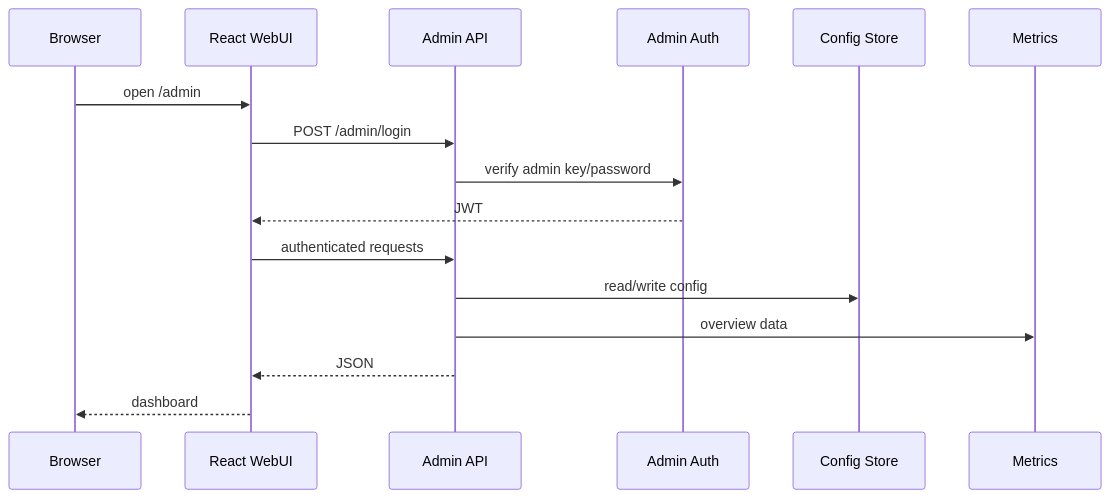
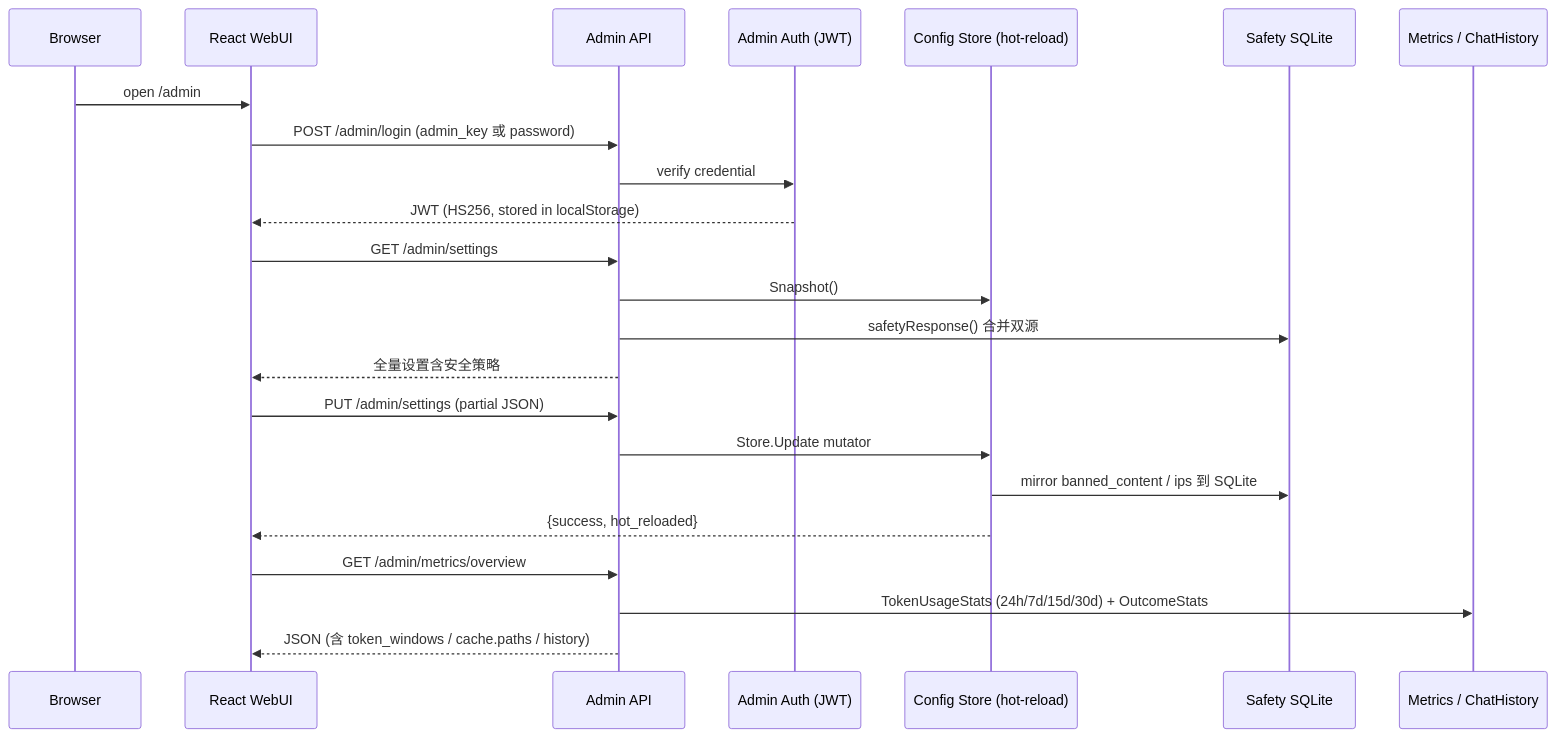
One commit to marklove5102/DeepSeek_Web_To_API changed the second of 2 diagrams in docs/Admin WebUI System/Admin WebUI System.md. Above: the diagram before and after it, drawn with Mermaid. The commit also changed other lines of this file and 17 other files, not shown here.

````diff
--- a/docs/Admin WebUI System/Admin WebUI System.md
+++ b/docs/Admin WebUI System/Admin WebUI System.md
@@ -85,18 +101,26 @@
 ```mermaid
 sequenceDiagram
-participant Browser as Browser
-participant WebUI as React WebUI
-participant Admin as Admin API
-participant Auth as Admin Auth
-participant Store as Config Store
-participant Metrics as Metrics
-Browser->>WebUI: open /admin
-WebUI->>Admin: POST /admin/login
-Admin->>Auth: verify admin key/password
-Auth-->>WebUI: JWT
-WebUI->>Admin: authenticated requests
-Admin->>Store: read/write config
-Admin->>Metrics: overview data
-Admin-->>WebUI: JSON
-WebUI-->>Browser: dashboard
+  participant Browser as Browser
+  participant WebUI as React WebUI
+  participant Admin as Admin API
+  participant Auth as Admin Auth (JWT)
+  participant Store as Config Store (hot-reload)
+  participant Safety as Safety SQLite
+  participant Metrics as Metrics / ChatHistory
+
+  Browser->>WebUI: open /admin
+  WebUI->>Admin: POST /admin/login (admin_key 或 password)
+  Admin->>Auth: verify credential
+  Auth-->>WebUI: JWT (HS256, stored in localStorage)
+  WebUI->>Admin: GET /admin/settings
+  Admin->>Store: Snapshot()
+  Admin->>Safety: safetyResponse() 合并双源
+  Admin-->>WebUI: 全量设置含安全策略
+  WebUI->>Admin: PUT /admin/settings (partial JSON)
+  Admin->>Store: Store.Update mutator
+  Store->>Safety: mirror banned_content / ips 到 SQLite
+  Store-->>WebUI: {success, hot_reloaded}
+  WebUI->>Admin: GET /admin/metrics/overview
+  Admin->>Metrics: TokenUsageStats (24h/7d/15d/30d) + OutcomeStats
+  Admin-->>WebUI: JSON (含 token_windows / cache.paths / history)
 ```
````
